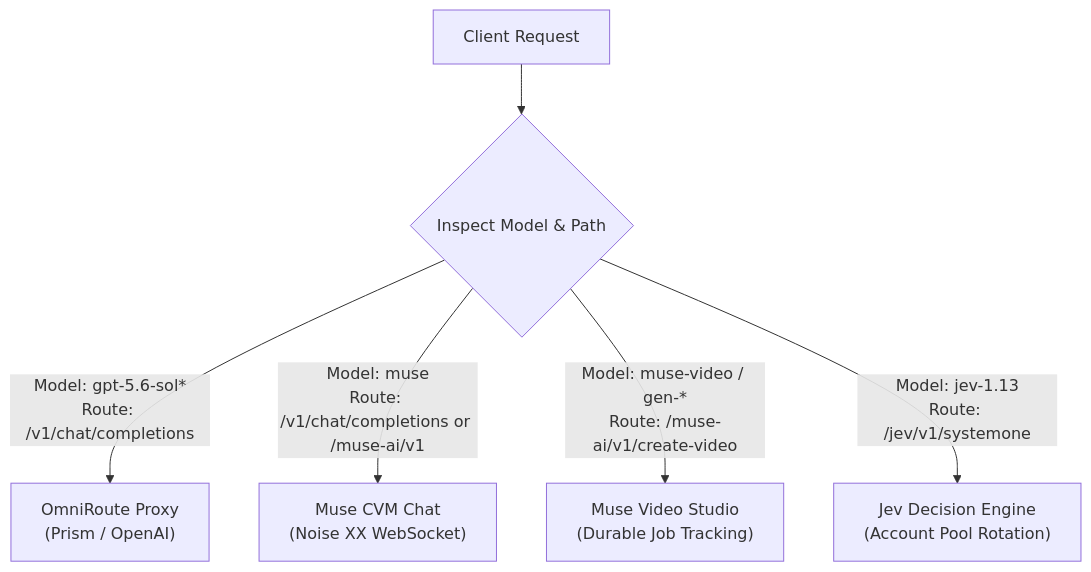
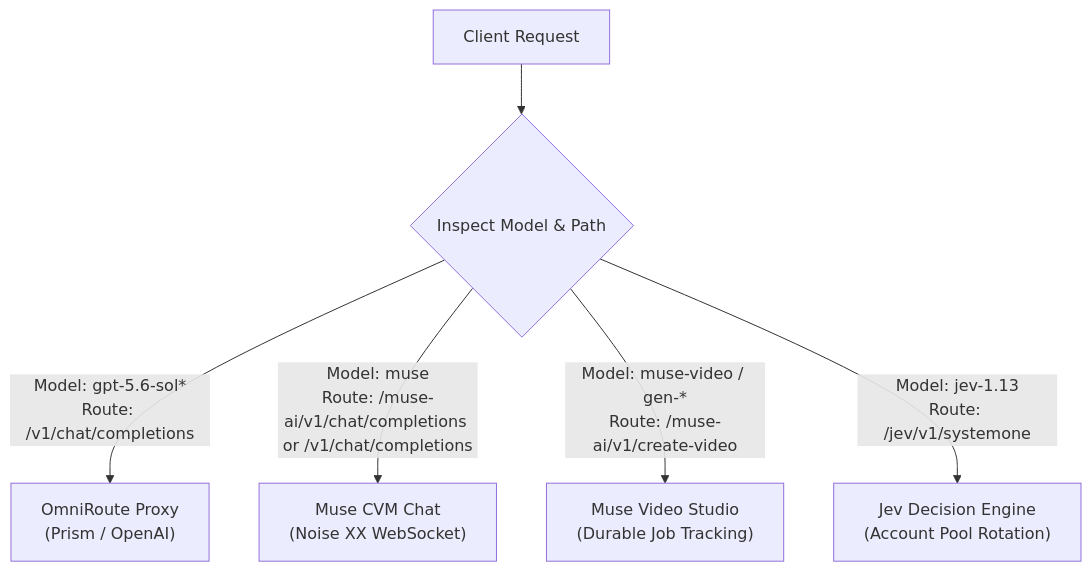
Before and after one commit to giauphan/toolcase-gateway: the diagram in docs/MODELS.md, drawn with Mermaid. The commit also changed other lines of this file and 5 other files, not shown here.

Commit message:
feat(muse): support dedicated POST /muse-ai/v1/chat/completions route

````diff
--- a/docs/MODELS.md
+++ b/docs/MODELS.md
@@ -27,9 +27,9 @@
 ```mermaid
 graph TD
     Client["Client Request"] --> Router{"Inspect Model & Path"}
     
     Router -->|"Model: gpt-5.6-sol*<br>Route: /v1/chat/completions"| OmniRoute["OmniRoute Proxy<br>(Prism / OpenAI)"]
-    Router -->|"Model: muse<br>Route: /v1/chat/completions or /muse-ai/v1"| MuseChat["Muse CVM Chat<br>(Noise XX WebSocket)"]
+    Router -->|"Model: muse<br>Route: /muse-ai/v1/chat/completions or /v1/chat/completions"| MuseChat["Muse CVM Chat<br>(Noise XX WebSocket)"]
     Router -->|"Model: muse-video / gen-*<br>Route: /muse-ai/v1/create-video"| MuseVideo["Muse Video Studio<br>(Durable Job Tracking)"]
     Router -->|"Model: jev-1.13<br>Route: /jev/v1/systemone"| JevEngine["Jev Decision Engine<br>(Account Pool Rotation)"]
 ```
````
